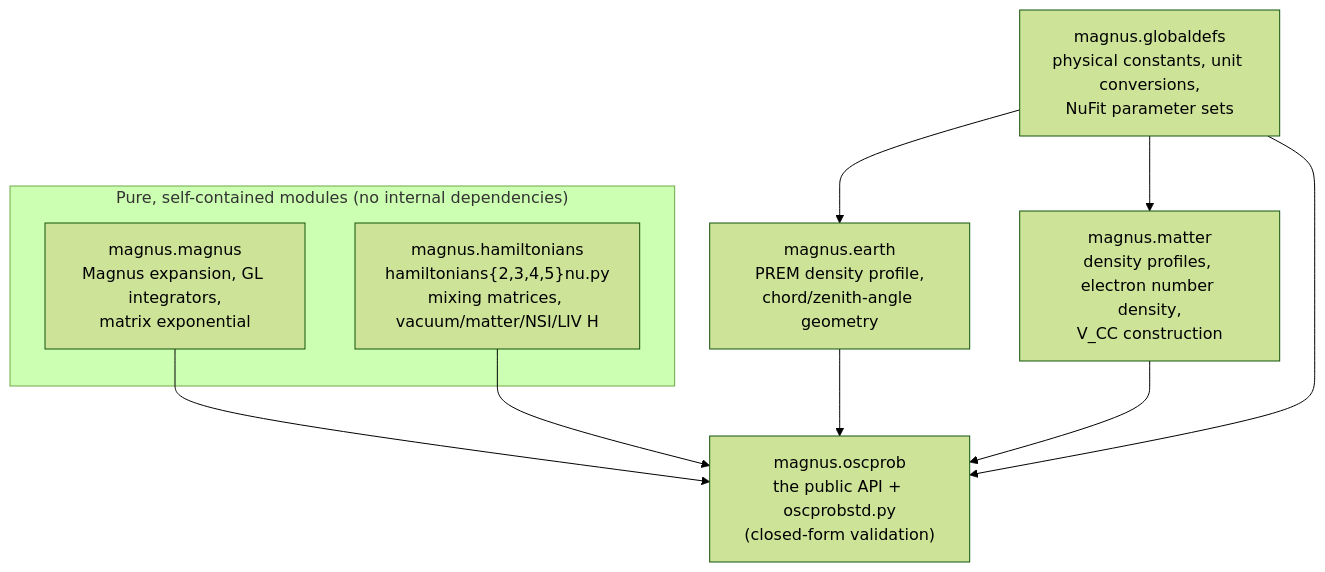
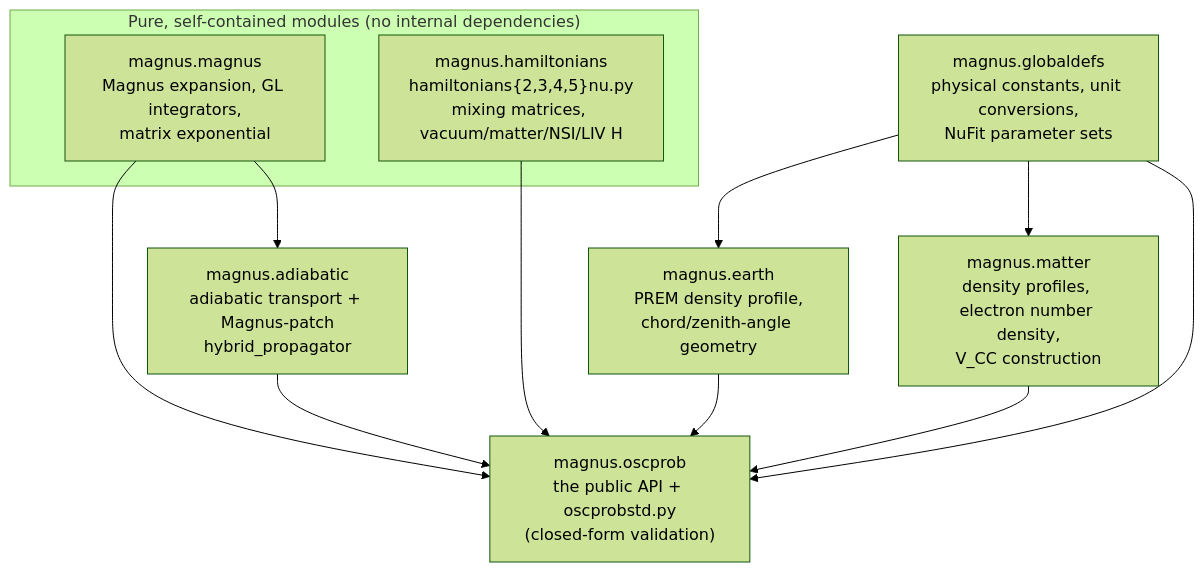
Before and after one commit to mbustama/Magnus: the first of 3 diagrams in docs/source/architecture.rst, drawn with Mermaid (forest theme). The commit also changed other lines of this file and 16 other files, not shown here.

First line of the commit message:
Add adiabatic + Magnus hybrid strategy for extreme accumulated phases

```diff
--- a/docs/source/architecture.rst
+++ b/docs/source/architecture.rst
@@ -18,19 +18,22 @@
 .. mermaid::
 
    flowchart TD
        subgraph pure["Pure, self-contained modules (no internal dependencies)"]
            magnuscore["magnus.magnus<br/>Magnus expansion, GL integrators,<br/>matrix exponential"]
            ham["magnus.hamiltonians<br/>hamiltonians{2,3,4,5}nu.py<br/>mixing matrices, vacuum/matter/NSI/LIV H"]
        end
        gd["magnus.globaldefs<br/>physical constants, unit conversions,<br/>NuFit parameter sets"]
        earth["magnus.earth<br/>PREM density profile,<br/>chord/zenith-angle geometry"]
        matter["magnus.matter<br/>density profiles, electron number density,<br/>V_CC construction"]
+       adiabatic["magnus.adiabatic<br/>adiabatic transport + Magnus-patch<br/>hybrid_propagator"]
        osc["magnus.oscprob<br/>the public API + oscprobstd.py<br/>(closed-form validation)"]
 
        gd --> earth
        gd --> matter
        magnuscore --> osc
+       magnuscore --> adiabatic
        ham --> osc
        earth --> osc
        matter --> osc
        gd --> osc
+       adiabatic --> osc
```
